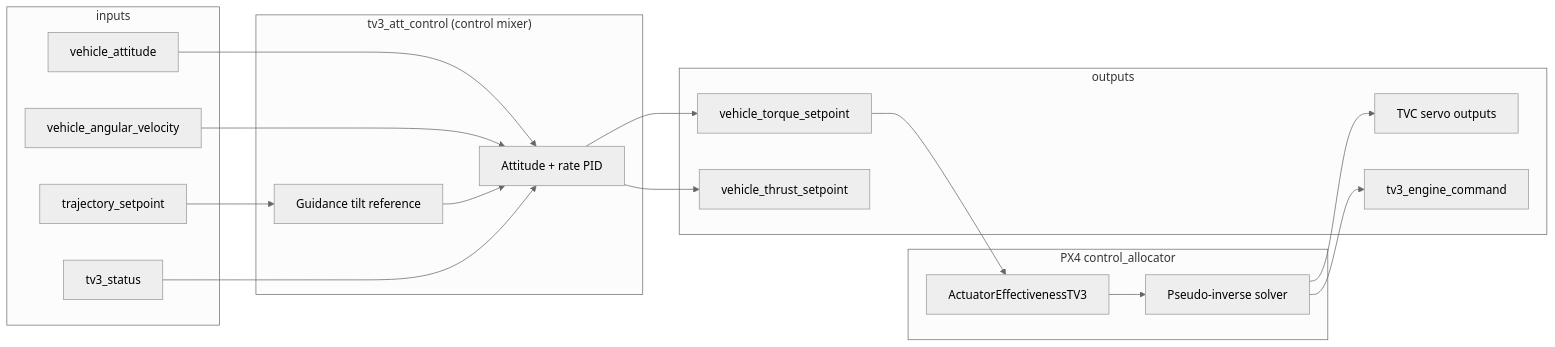
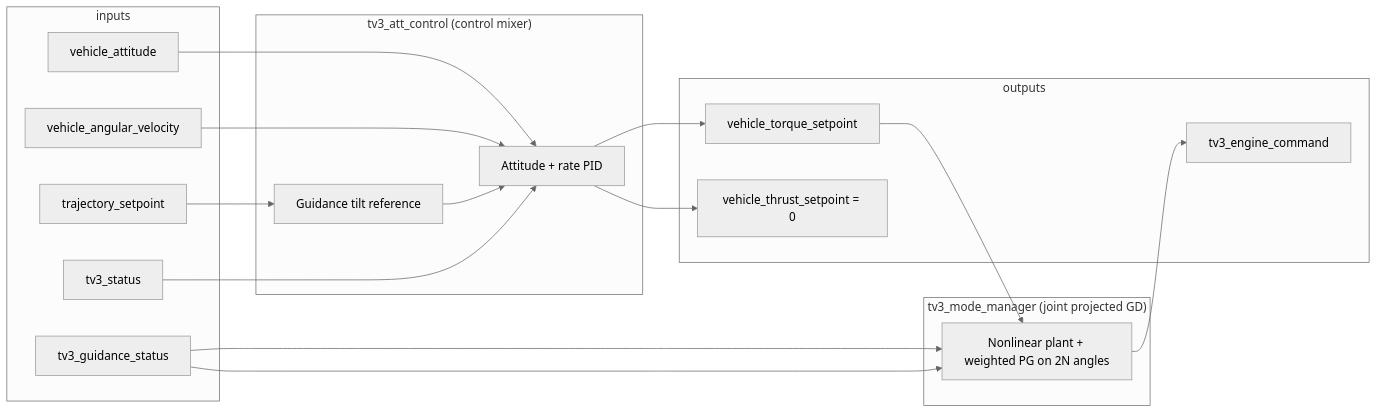
One commit to lbarks27/TV3-PX4-Extension changed the diagram in docs/control_mixer.md. Above: the diagram before and after it, drawn with Mermaid (neutral theme). The commit also changed other lines of this file and 15 other files, not shown here.

First line of the commit message:
Update requirements and documentation for TV3 control allocator and visualization

````diff
--- a/docs/control_mixer.md
+++ b/docs/control_mixer.md
@@ -15,35 +21,35 @@
 ```mermaid
 flowchart LR
     subgraph inputs
         ATT[vehicle_attitude]
         RATE[vehicle_angular_velocity]
         TRAJ[trajectory_setpoint]
         STATUS[tv3_status]
+        GUIDS[tv3_guidance_status]
     end
 
     subgraph mixer["tv3_att_control (control mixer)"]
         PID[Attitude + rate PID]
         GUID[Guidance tilt reference]
     end
 
-    subgraph alloc["PX4 control_allocator"]
-        EFF[ActuatorEffectivenessTV3]
-        SOLVE[Pseudo-inverse solver]
+    subgraph solver["tv3_mode_manager (joint projected GD)"]
+        JGD[Nonlinear plant + weighted PG on 2N angles]
     end
 
     subgraph outputs
         TQ[vehicle_torque_setpoint]
-        TH[vehicle_thrust_setpoint]
-        SERVO[TVC servo outputs]
+        TH[vehicle_thrust_setpoint = 0]
         ENG[tv3_engine_command]
     end
 
     ATT --> PID
     RATE --> PID
     TRAJ --> GUID --> PID
     STATUS --> PID
+    GUIDS --> JGD
     PID --> TQ
     PID --> TH
-    TQ --> EFF --> SOLVE --> SERVO
-    SOLVE --> ENG
+    TQ --> JGD
+    GUIDS --> JGD --> ENG
 ```
````
